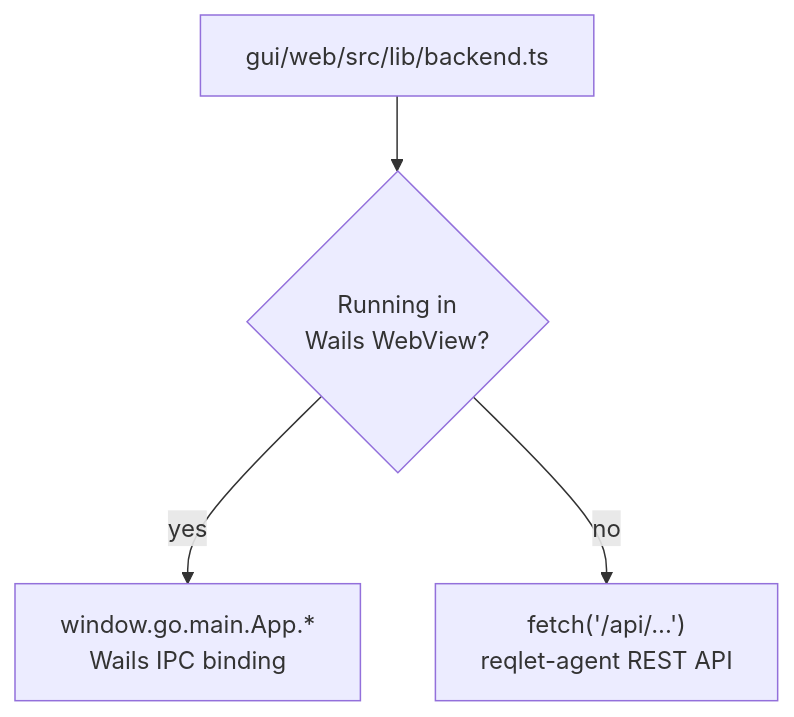
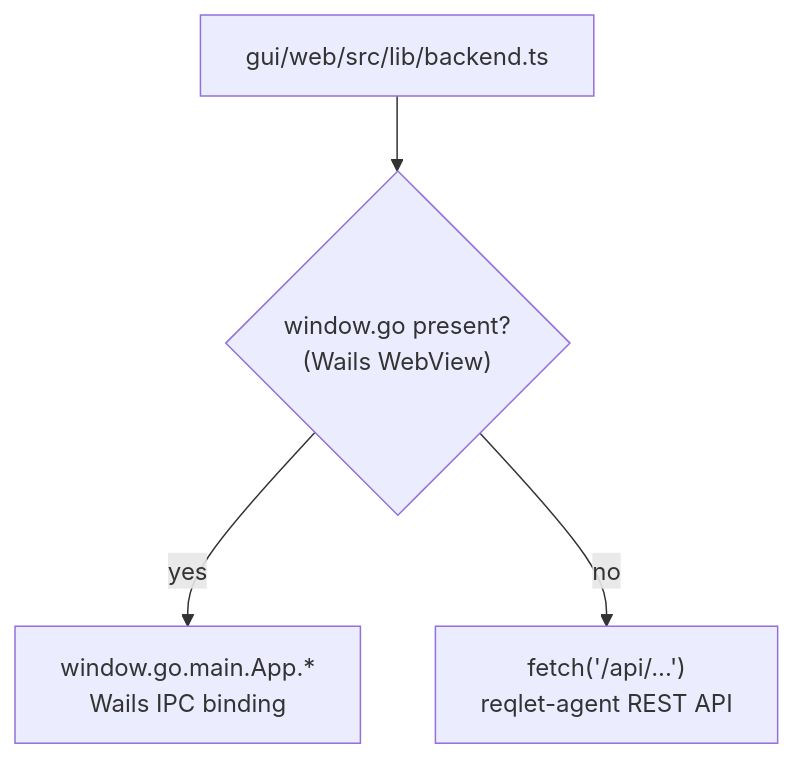
The third of 3 diagrams in docs/architecture.md (guillaumedelre/reqlet), drawn with Mermaid before and after one commit. The commit also changed other lines of this file and 11 other files, not shown here.

````diff
--- a/docs/architecture.md
+++ b/docs/architecture.md
@@ -147,14 +170,14 @@
 ```mermaid
 flowchart TD
     B["gui/web/src/lib/backend.ts"]
-    Q{"Running in
-    Wails WebView?"}
+    Q{"window.go present?
+    (Wails WebView)"}
     W["window.go.main.App.*
     Wails IPC binding"]
     F["fetch('/api/...')
     reqlet-agent REST API"]
 
     B --> Q
     Q -- yes --> W
     Q -- no --> F
 ```
````
